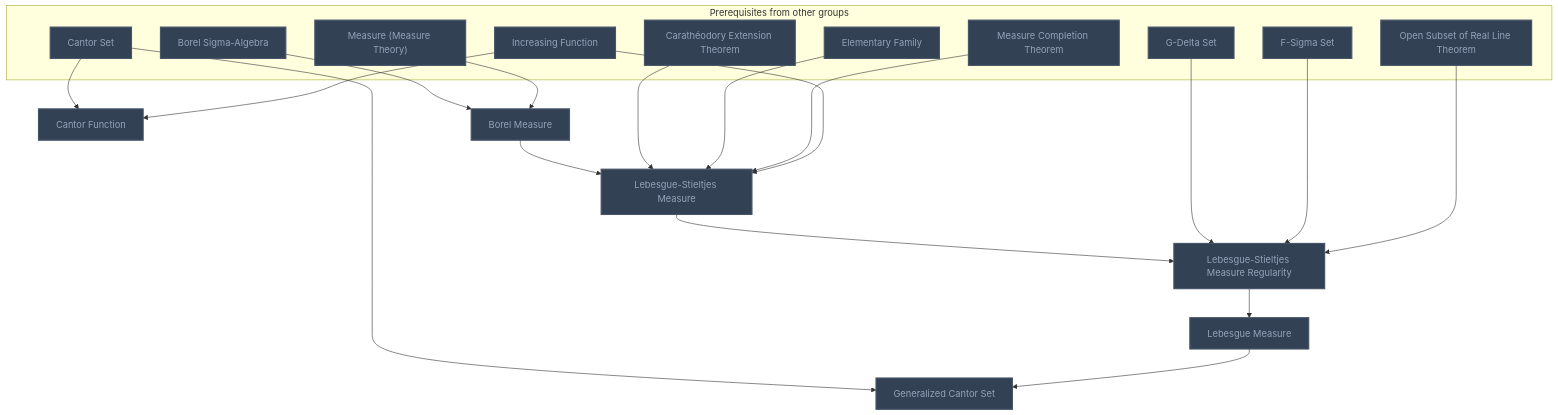
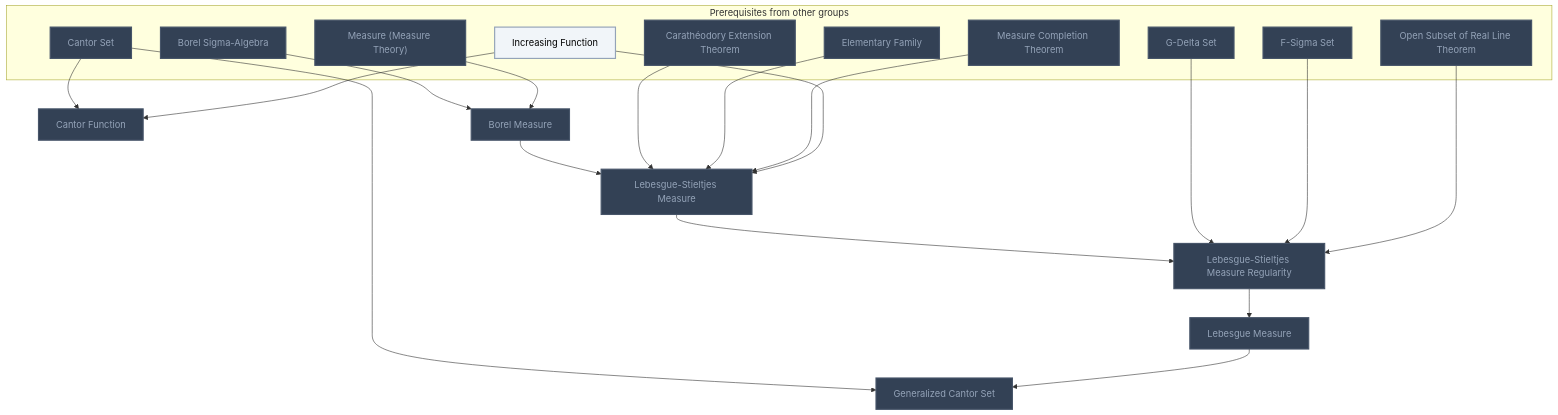
Diagram 11 of 13 in Gamification/Skill Trees/Measure Theory.md (MRauf1/My-Notes), drawn with Mermaid before and after one commit. The commit also changed other lines of this file and 156 other files, not shown here.

````diff
--- a/Gamification/Skill Trees/Measure Theory.md
+++ b/Gamification/Skill Trees/Measure Theory.md
@@ -386,48 +392,49 @@
 ```mermaid
 flowchart TD
     classDef planned fill:#1E293B,stroke:#64748B,stroke-width:2px,stroke-dasharray:5 5,color:#94A3B8;
     classDef locked fill:#334155,stroke:#475569,stroke-width:2px,color:#94A3B8;
     classDef L0 fill:#F1F5F9,stroke:#94A3B8,stroke-width:2px,color:#000000;
     classDef L1 fill:#22C55E,stroke:#15803D,stroke-width:2px,color:#000000;
     classDef L2 fill:#3B82F6,stroke:#1D4ED8,stroke-width:3px,color:#FFFFFF;
     classDef L3 fill:#A855F7,stroke:#6B21A8,stroke-width:3px,color:#FFFFFF,font-weight:bold;
     classDef L4 fill:#F97316,stroke:#C2410C,stroke-width:4px,color:#000000,font-weight:bold;
     classDef L5 fill:#FFD700,stroke:#FF8C00,stroke-width:5px,color:#000000,font-weight:bold;
     classDef rusty stroke:#8B4513,stroke-width:4px,stroke-dasharray:3 3;
     subgraph sg_prereqs["Prerequisites from other groups"]
         n_carath_odory_extension_theorem["Carathéodory Extension Theorem"]
         n_elementary_family["Elementary Family"]
         n_measure_completion_theorem["Measure Completion Theorem"]
         n_increasing_function["Increasing Function"]
         n_g_delta_set["G-Delta Set"]
         n_f_sigma_set["F-Sigma Set"]
         n_open_subset_of_real_line_theorem["Open Subset of Real Line Theorem"]
         n_cantor_set["Cantor Set"]
         n_borel_sigma_algebra["Borel Sigma-Algebra"]
         n_measure_measure_theory["Measure (Measure Theory)"]
     end
     n_lebesgue_stieltjes_measure["Lebesgue-Stieltjes Measure"]
     n_lebesgue_stieltjes_measure_regularity["Lebesgue-Stieltjes Measure Regularity"]
     n_cantor_function["Cantor Function"]
     n_generalized_cantor_set["Generalized Cantor Set"]
     n_borel_measure["Borel Measure"]
     n_lebesgue_measure["Lebesgue Measure"]
     n_borel_measure --> n_lebesgue_stieltjes_measure
     n_carath_odory_extension_theorem --> n_lebesgue_stieltjes_measure
     n_elementary_family --> n_lebesgue_stieltjes_measure
     n_measure_completion_theorem --> n_lebesgue_stieltjes_measure
     n_increasing_function --> n_lebesgue_stieltjes_measure
     n_lebesgue_stieltjes_measure --> n_lebesgue_stieltjes_measure_regularity
     n_g_delta_set --> n_lebesgue_stieltjes_measure_regularity
     n_f_sigma_set --> n_lebesgue_stieltjes_measure_regularity
     n_open_subset_of_real_line_theorem --> n_lebesgue_stieltjes_measure_regularity
     n_cantor_set --> n_cantor_function
     n_increasing_function --> n_cantor_function
     n_cantor_set --> n_generalized_cantor_set
     n_lebesgue_measure --> n_generalized_cantor_set
     n_borel_sigma_algebra --> n_borel_measure
     n_measure_measure_theory --> n_borel_measure
     n_lebesgue_stieltjes_measure_regularity --> n_lebesgue_measure
-    class n_carath_odory_extension_theorem,n_elementary_family,n_measure_completion_theorem,n_increasing_function,n_g_delta_set,n_f_sigma_set,n_open_subset_of_real_line_theorem,n_cantor_set,n_borel_sigma_algebra,n_measure_measure_theory,n_lebesgue_stieltjes_measure,n_lebesgue_stieltjes_measure_regularity,n_cantor_function,n_generalized_cantor_set,n_borel_measure,n_lebesgue_measure locked;
+    class n_carath_odory_extension_theorem,n_elementary_family,n_measure_completion_theorem,n_g_delta_set,n_f_sigma_set,n_open_subset_of_real_line_theorem,n_cantor_set,n_borel_sigma_algebra,n_measure_measure_theory,n_lebesgue_stieltjes_measure,n_lebesgue_stieltjes_measure_regularity,n_cantor_function,n_generalized_cantor_set,n_borel_measure,n_lebesgue_measure locked;
+    class n_increasing_function L0;
     class n_carath_odory_extension_theorem,n_elementary_family,n_measure_completion_theorem,n_increasing_function,n_g_delta_set,n_f_sigma_set,n_open_subset_of_real_line_theorem,n_cantor_set,n_borel_sigma_algebra,n_measure_measure_theory,n_lebesgue_stieltjes_measure,n_lebesgue_stieltjes_measure_regularity,n_cantor_function,n_generalized_cantor_set,n_borel_measure,n_lebesgue_measure internal-link;
 ```
````
